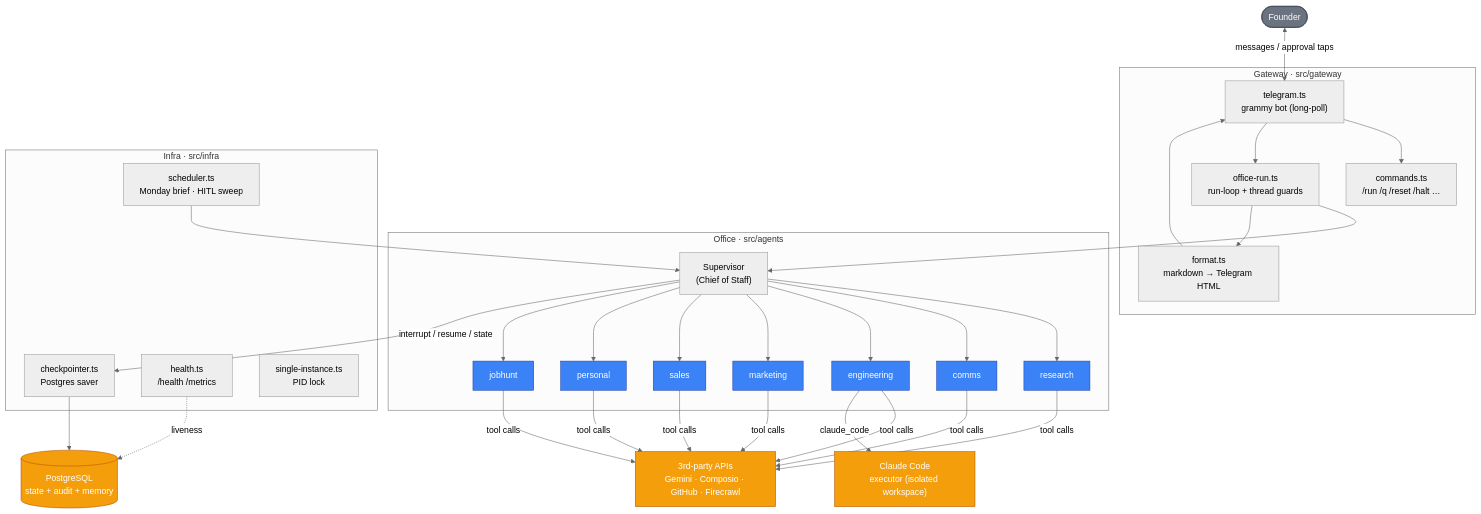
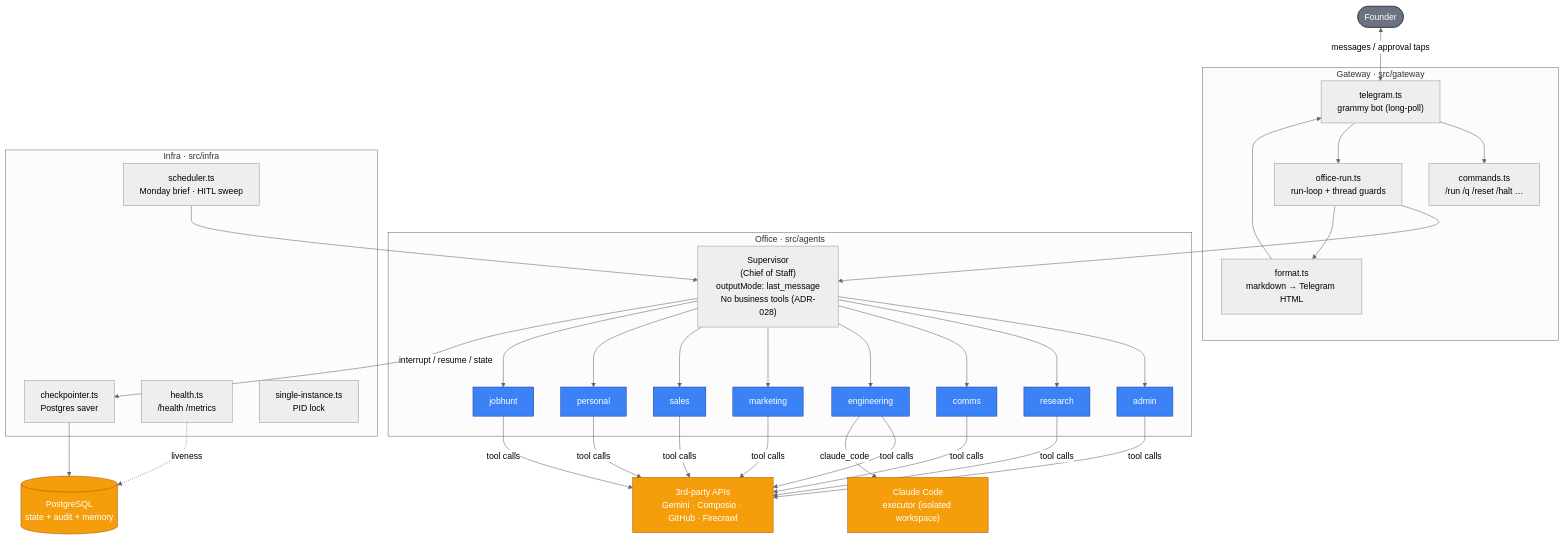
The diagram in docs/diagrams/01-system-architecture.md (pushkarverma3698/FounderOS), drawn with Mermaid (neutral theme) before and after one commit. The commit also changed other lines of this file and 9 other files, not shown here.

````diff
--- a/docs/diagrams/01-system-architecture.md
+++ b/docs/diagrams/01-system-architecture.md
@@ -7,49 +7,50 @@
 ```mermaid
 graph TB
   founder([Founder]):::ext
 
   subgraph gw["Gateway · src/gateway"]
     tg["telegram.ts<br/>grammy bot (long-poll)"]
     cmd["commands.ts<br/>/run /q /reset /halt …"]
     run["office-run.ts<br/>run-loop + thread guards"]
     fmt["format.ts<br/>markdown → Telegram HTML"]
   end
 
   subgraph office["Office · src/agents"]
-    sup["Supervisor<br/>(Chief of Staff)"]
+    sup["Supervisor<br/>(Chief of Staff)<br/>outputMode: last_message<br/>No business tools (ADR-028)"]
+    admin["admin"]:::dept
     research["research"]:::dept
     comms["comms"]:::dept
     eng["engineering"]:::dept
     mktg["marketing"]:::dept
     sales["sales"]:::dept
     personal["personal"]:::dept
     jobhunt["jobhunt"]:::dept
   end
 
   subgraph infra["Infra · src/infra"]
     cp["checkpointer.ts<br/>Postgres saver"]
     sched["scheduler.ts<br/>Monday brief · HITL sweep"]
     health["health.ts<br/>/health /metrics"]
     lock["single-instance.ts<br/>PID lock"]
   end
 
   pg[("PostgreSQL<br/>state + audit + memory")]:::svc
   cc["Claude Code<br/>executor (isolated workspace)"]:::svc
   ext3p["3rd-party APIs<br/>Gemini · Composio · GitHub · Firecrawl"]:::svc
 
   founder <-->|messages / approval taps| tg
   tg --> cmd
   tg --> run
   run --> sup
   run --> fmt --> tg
-  sup --> research & comms & eng & mktg & sales & personal & jobhunt
-  research & comms & eng & mktg & sales & personal & jobhunt -->|tool calls| ext3p
+  sup --> admin & research & comms & eng & mktg & sales & personal & jobhunt
+  admin & research & comms & eng & mktg & sales & personal & jobhunt -->|tool calls| ext3p
   eng -->|claude_code| cc
   sup -->|interrupt / resume / state| cp --> pg
   sched --> sup
   health -.liveness.-> pg
 
   classDef dept fill:#3b82f6,stroke:#1e40af,color:#fff
   classDef svc fill:#f59e0b,stroke:#b45309,color:#fff
   classDef ext fill:#6b7280,stroke:#374151,color:#fff
 ```
````
